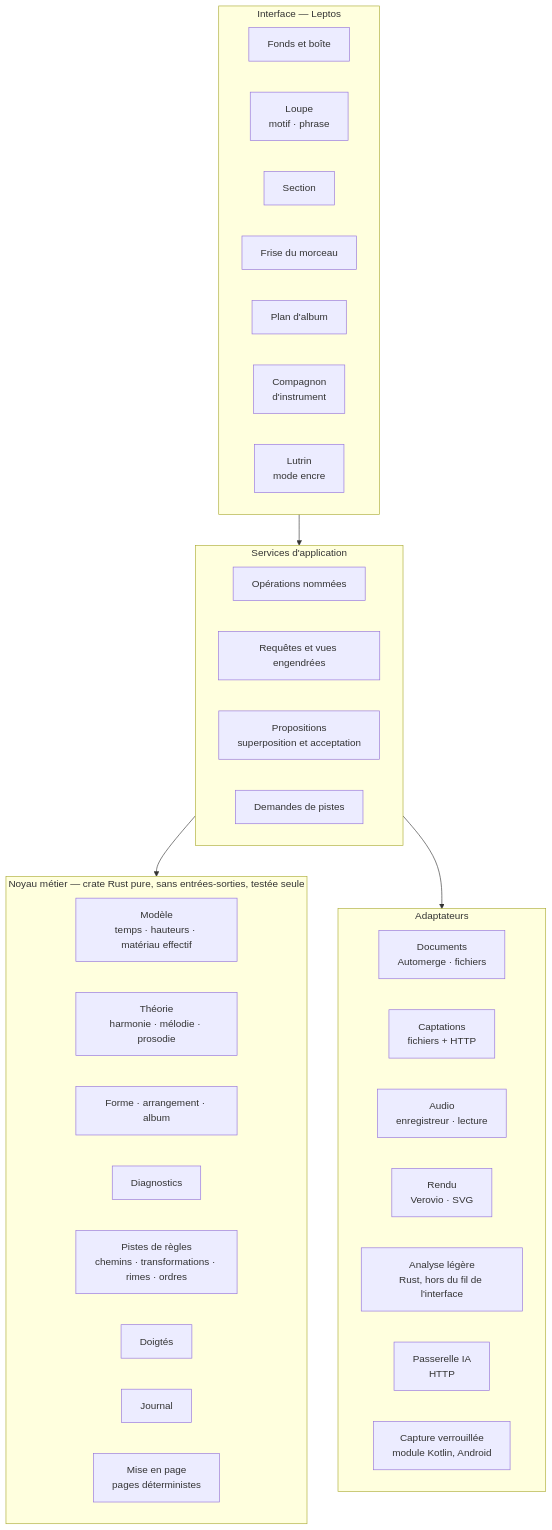
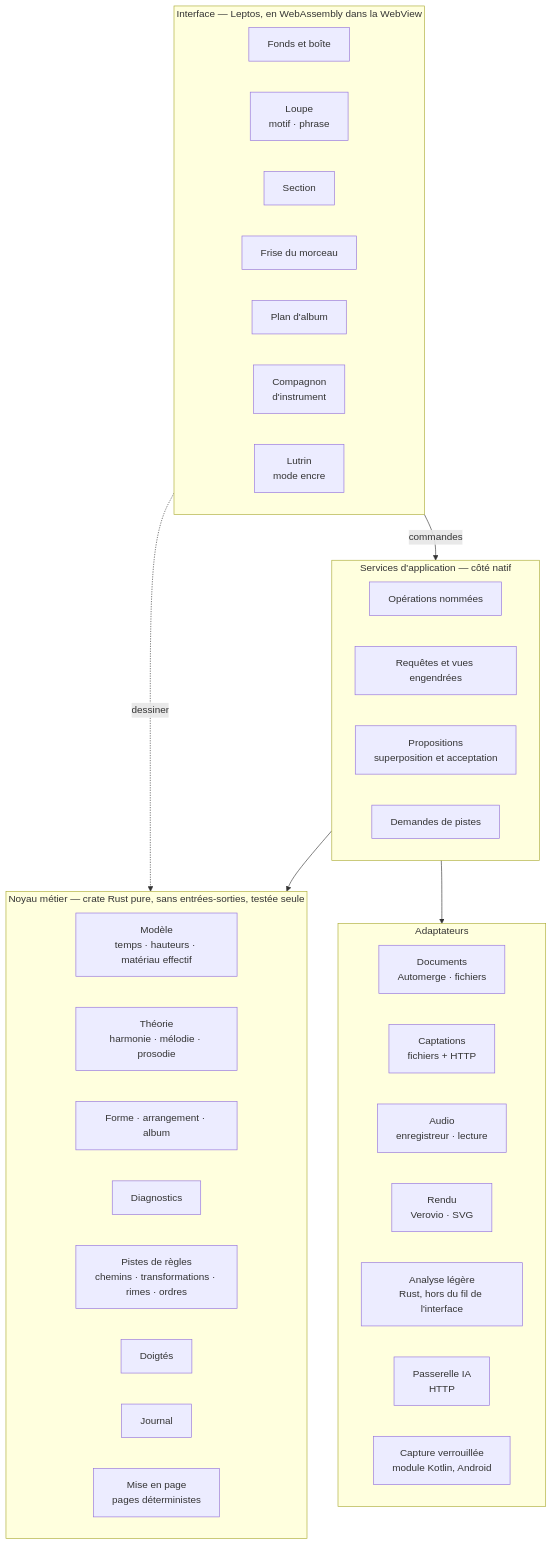
The third of 13 diagrams in docs/40-architecture.md (EdouardZemb/pupitre), drawn with Mermaid before and after one commit. The commit also changed other lines of this file and 24 other files, not shown here.

````diff
--- a/docs/40-architecture.md
+++ b/docs/40-architecture.md
@@ -113,44 +114,45 @@
 ```mermaid
 flowchart TB
-  subgraph UI["Interface — Leptos"]
+  subgraph UI["Interface — Leptos, en WebAssembly dans la WebView"]
     direction LR
     V1["Fonds et boîte"]
     V2["Loupe<br/>motif · phrase"]
     V3["Section"]
     V4["Frise du morceau"]
     V5["Plan d'album"]
     V6["Compagnon<br/>d'instrument"]
     V7["Lutrin<br/>mode encre"]
   end
-  subgraph SVC["Services d'application"]
+  subgraph SVC["Services d'application — côté natif"]
     direction LR
     CMD["Opérations nommées"]
     REQ["Requêtes et vues engendrées"]
     PRO["Propositions<br/>superposition et acceptation"]
     SUG["Demandes de pistes"]
   end
   subgraph NOYAU["Noyau métier — crate Rust pure, sans entrées-sorties, testée seule"]
     direction LR
     MOD["Modèle<br/>temps · hauteurs · matériau effectif"]
     THE["Théorie<br/>harmonie · mélodie · prosodie"]
     FOR["Forme · arrangement · album"]
     DIA["Diagnostics"]
     REG["Pistes de règles<br/>chemins · transformations · rimes · ordres"]
     DOI["Doigtés"]
     JOU["Journal"]
     MEP["Mise en page<br/>pages déterministes"]
   end
   subgraph ADA["Adaptateurs"]
     direction LR
     A1["Documents<br/>Automerge · fichiers"]
     A2["Captations<br/>fichiers + HTTP"]
     A3["Audio<br/>enregistreur · lecture"]
     A4["Rendu<br/>Verovio · SVG"]
     A5["Analyse légère<br/>Rust, hors du fil de l'interface"]
     A6["Passerelle IA<br/>HTTP"]
     A7["Capture verrouillée<br/>module Kotlin, Android"]
   end
-  UI --> SVC
+  UI -->|"commandes"| SVC
+  UI -.->|"dessiner"| NOYAU
   SVC --> NOYAU
   SVC --> ADA
 ```
````
